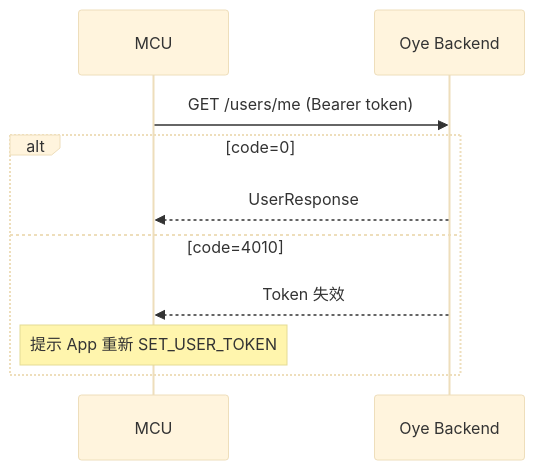
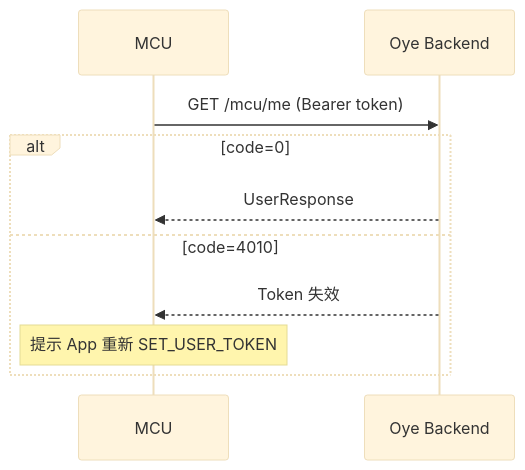
One commit to RyanYuang/MiaoBan changed the first of 3 diagrams in docs/oye-mcu-http-api_zh.md. Above: the diagram before and after it, drawn with Mermaid (base theme). The commit also changed other lines of this file and 17 other files, not shown here.

````diff
--- a/docs/oye-mcu-http-api_zh.md
+++ b/docs/oye-mcu-http-api_zh.md
@@ -449,13 +578,13 @@
 ```mermaid
 sequenceDiagram
     participant MCU
     participant Cloud as Oye Backend
 
-    MCU->>Cloud: GET /users/me (Bearer token)
+    MCU->>Cloud: GET /mcu/me (Bearer token)
     alt code=0
         Cloud-->>MCU: UserResponse
     else code=4010
         Cloud-->>MCU: Token 失效
         Note over MCU: 提示 App 重新 SET_USER_TOKEN
     end
 ```
````
